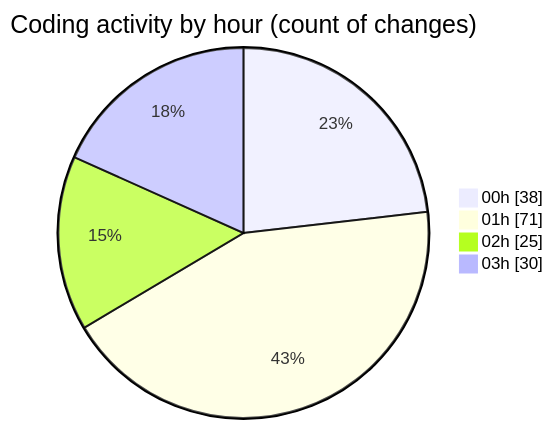
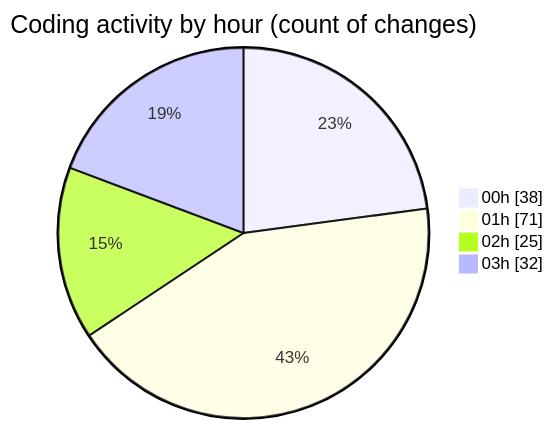
One commit to lephambinh05/code-tracking changed the second of 2 diagrams in 2025-07-27/quanlyrapchieuphim-1/README.md. Above: the diagram before and after it, drawn with Mermaid. The commit also changed other lines of this file and 1 other file, not shown here.

````diff
--- a/2025-07-27/quanlyrapchieuphim-1/README.md
+++ b/2025-07-27/quanlyrapchieuphim-1/README.md
@@ -69,8 +69,8 @@
 ```mermaid
 pie showData
 title Coding activity by hour (count of changes)
 "00h" : 38
 "01h" : 71
 "02h" : 25
-"03h" : 30
+"03h" : 32
 ```
````
